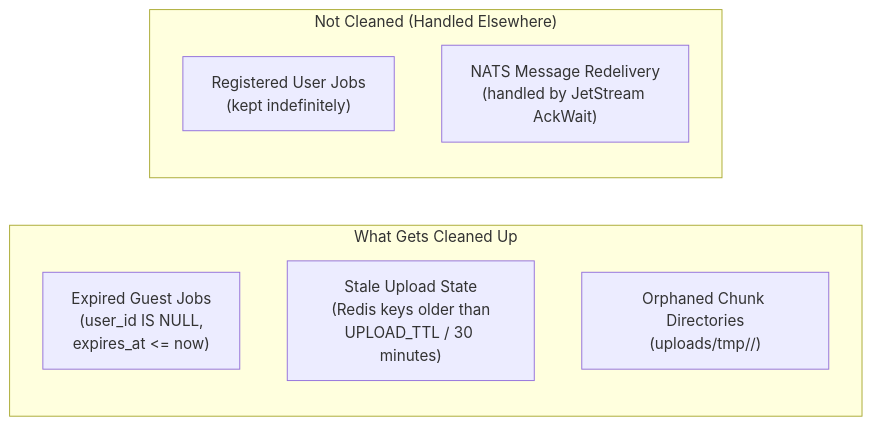
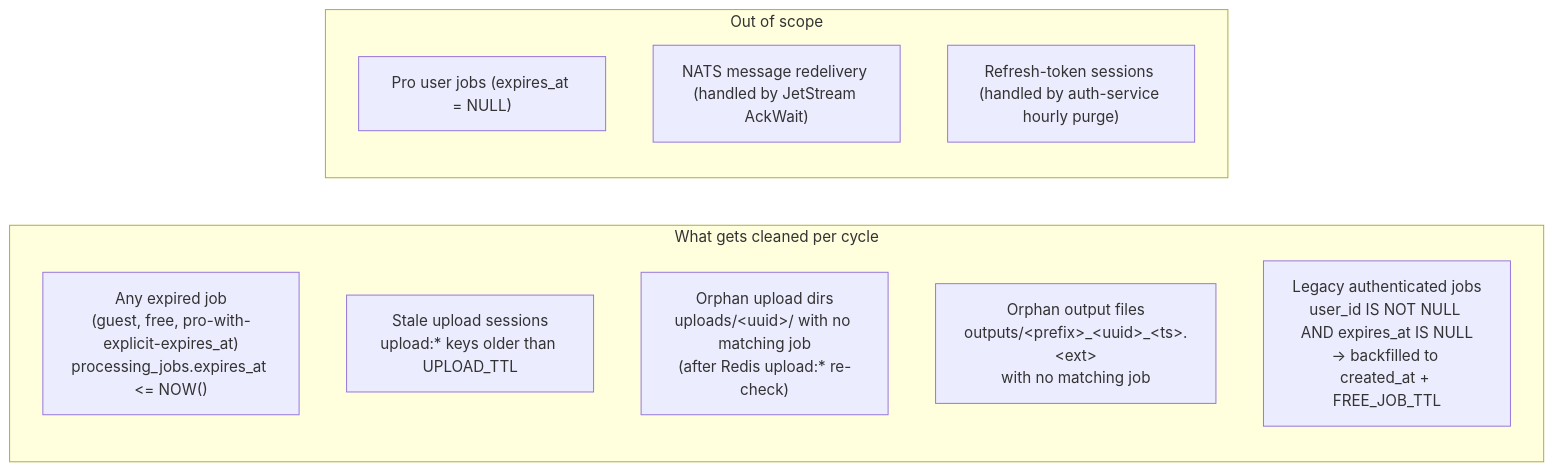
One commit to Prachidubey2003/fyredocs_backend changed the second of 4 diagrams in docs/developer/mermaid/service-cleanup-worker-architecture.md. Above: the diagram before and after it, drawn with Mermaid. The commit also changed other lines of this file and 39 other files, not shown here.

Commit message:
Refactor PDF services to use NATS JetStream for job dispatch and event publishing; enhance documentation for OPTIMIZE_PDF and ORGANIZE_PDF services; remove deprecated UPLOAD_SERVICE documentation; update OpenAPI spec for improved clarity and accuracy.

````diff
--- a/docs/developer/mermaid/service-cleanup-worker-architecture.md
+++ b/docs/developer/mermaid/service-cleanup-worker-architecture.md
@@ -61,13 +77,16 @@
 ```mermaid
 graph LR
-    subgraph Targets["What Gets Cleaned Up"]
-        A["Expired Guest Jobs<br/>(user_id IS NULL,<br/>expires_at <= now)"]
-        B["Stale Upload State<br/>(Redis keys older than<br/>UPLOAD_TTL / 30 minutes)"]
-        C["Orphaned Chunk Directories<br/>(uploads/tmp/<id>/)"]
+    subgraph Targets["What gets cleaned per cycle"]
+        A["Any expired job<br/>(guest, free, pro-with-explicit-expires_at)<br/>processing_jobs.expires_at <= NOW()"]
+        B["Stale upload sessions<br/>upload:* keys older than UPLOAD_TTL"]
+        C["Orphan upload dirs<br/>uploads/&lt;uuid&gt;/ with no matching job<br/>(after Redis upload:* re-check)"]
+        D["Orphan output files<br/>outputs/&lt;prefix&gt;_&lt;uuid&gt;_&lt;ts&gt;.&lt;ext&gt;<br/>with no matching job"]
+        E["Legacy authenticated jobs<br/>user_id IS NOT NULL AND expires_at IS NULL<br/>→ backfilled to created_at + FREE_JOB_TTL"]
     end
 
-    subgraph NotCleaned["Not Cleaned (Handled Elsewhere)"]
-        D["Registered User Jobs<br/>(kept indefinitely)"]
-        E["NATS Message Redelivery<br/>(handled by JetStream AckWait)"]
+    subgraph NotCleaned["Out of scope"]
+        F["Pro user jobs (expires_at = NULL)"]
+        G["NATS message redelivery (handled by JetStream AckWait)"]
+        H["Refresh-token sessions (handled by auth-service hourly purge)"]
     end
 ```
````
